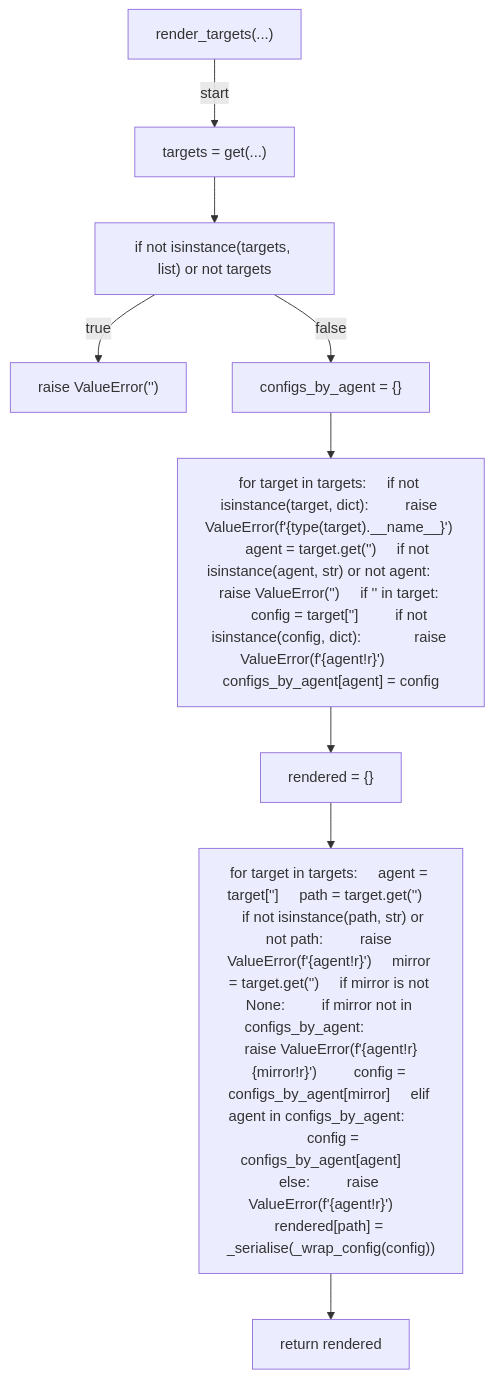
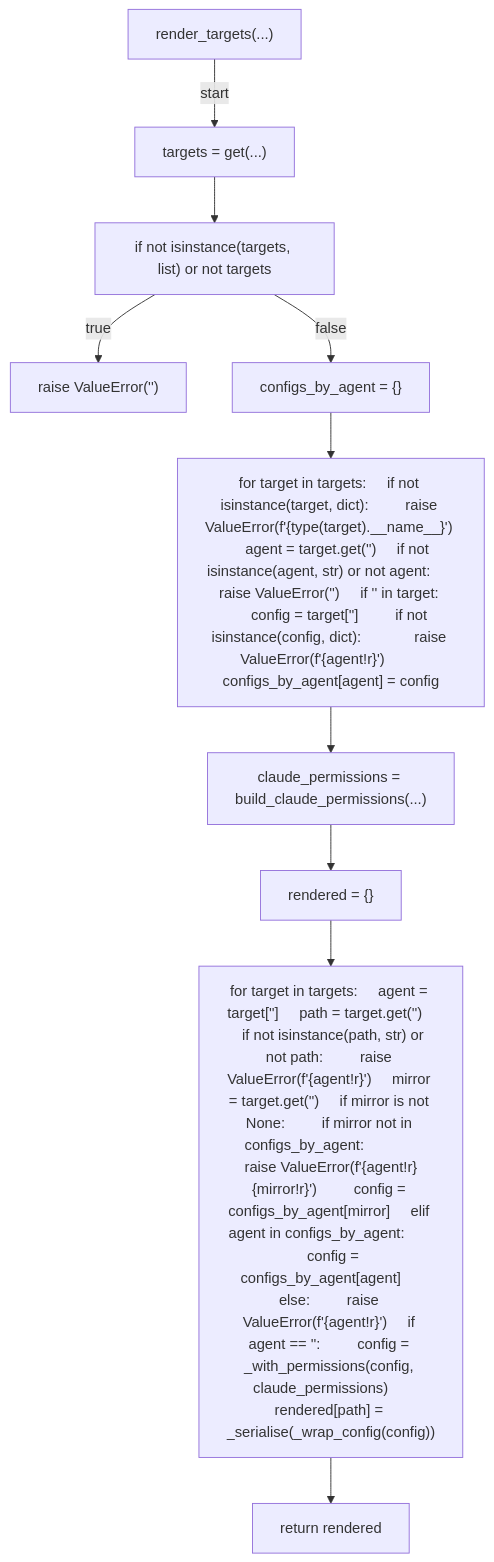
One commit to tvna/claude-md changed the tenth of 12 diagrams in docs/generated/scripts/ast/gen_agent_hooks.md. Above: the diagram before and after it, drawn with Mermaid. The commit also changed other lines of this file and 1 other file, not shown here.

First line of the commit message:
docs(generated): regenerate decision tree and workflow diagrams

````diff
--- a/docs/generated/scripts/ast/gen_agent_hooks.md
+++ b/docs/generated/scripts/ast/gen_agent_hooks.md
@@ -73,20 +193,22 @@
 ```mermaid
 flowchart TD
     N001["render_targets(...)"]
     N002["targets = get(...)"]
     N003["if not isinstance(targets, list) or not targets"]
     N004["raise ValueError('<str>')"]
     N005["configs_by_agent = {}"]
     N006["for target in targets:     if not isinstance(target, dict):         raise ValueError(f'<str>{type(target).__name__}')     agent = target.get('<str>')     if not isinstance(agent, str) or not agent:         raise ValueError('<str>')     if '<str>' in target:         config = target['<str>']         if not isinstance(config, dict):             raise ValueError(f'<str>{agent!r}<str>')         configs_by_agent[agent] = config"]
-    N007["rendered = {}"]
-    N008["for target in targets:     agent = target['<str>']     path = target.get('<str>')     if not isinstance(path, str) or not path:         raise ValueError(f'<str>{agent!r}<str>')     mirror = target.get('<str>')     if mirror is not None:         if mirror not in configs_by_agent:             raise ValueError(f'<str>{agent!r}<str>{mirror!r}<str>')         config = configs_by_agent[mirror]     elif agent in configs_by_agent:         config = configs_by_agent[agent]     else:         raise ValueError(f'<str>{agent!r}<str>')     rendered[path] = _serialise(_wrap_config(config))"]
-    N009["return rendered"]
+    N007["claude_permissions = build_claude_permissions(...)"]
+    N008["rendered = {}"]
+    N009["for target in targets:     agent = target['<str>']     path = target.get('<str>')     if not isinstance(path, str) or not path:         raise ValueError(f'<str>{agent!r}<str>')     mirror = target.get('<str>')     if mirror is not None:         if mirror not in configs_by_agent:             raise ValueError(f'<str>{agent!r}<str>{mirror!r}<str>')         config = configs_by_agent[mirror]     elif agent in configs_by_agent:         config = configs_by_agent[agent]     else:         raise ValueError(f'<str>{agent!r}<str>')     if agent == '<str>':         config = _with_permissions(config, claude_permissions)     rendered[path] = _serialise(_wrap_config(config))"]
+    N010["return rendered"]
     N001 -->|"start"| N002
     N002 --> N003
     N003 -->|"true"| N004
     N003 -->|"false"| N005
     N005 --> N006
     N006 --> N007
     N007 --> N008
     N008 --> N009
+    N009 --> N010
 ```
````
